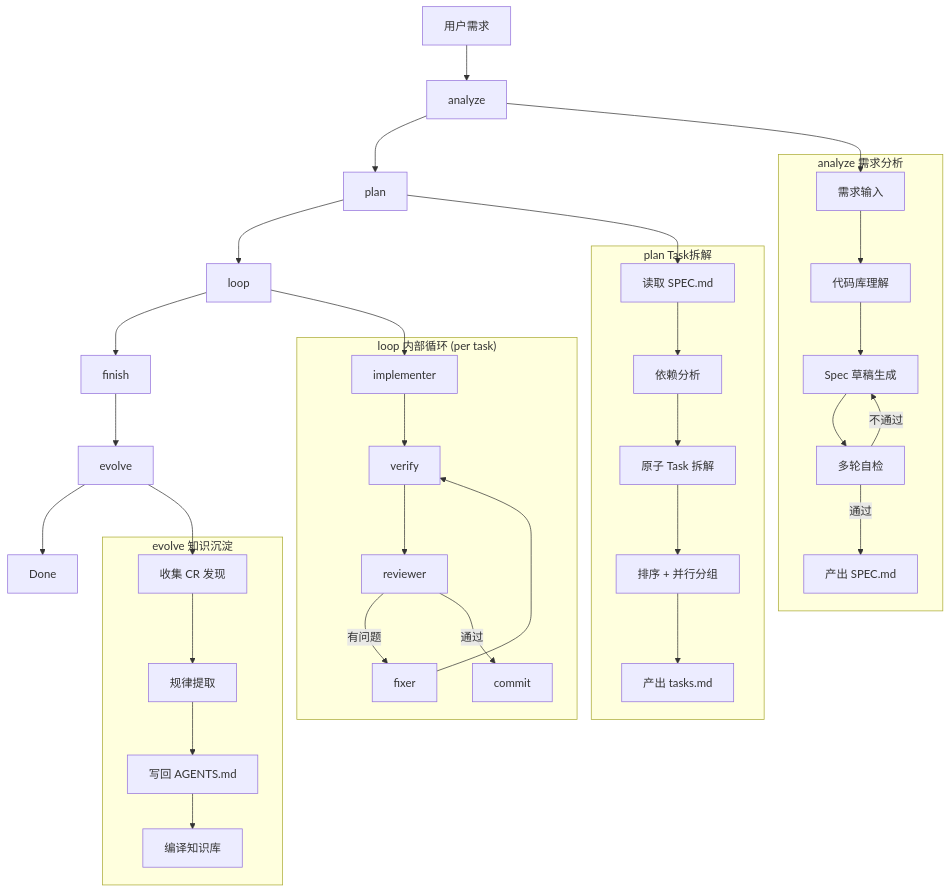
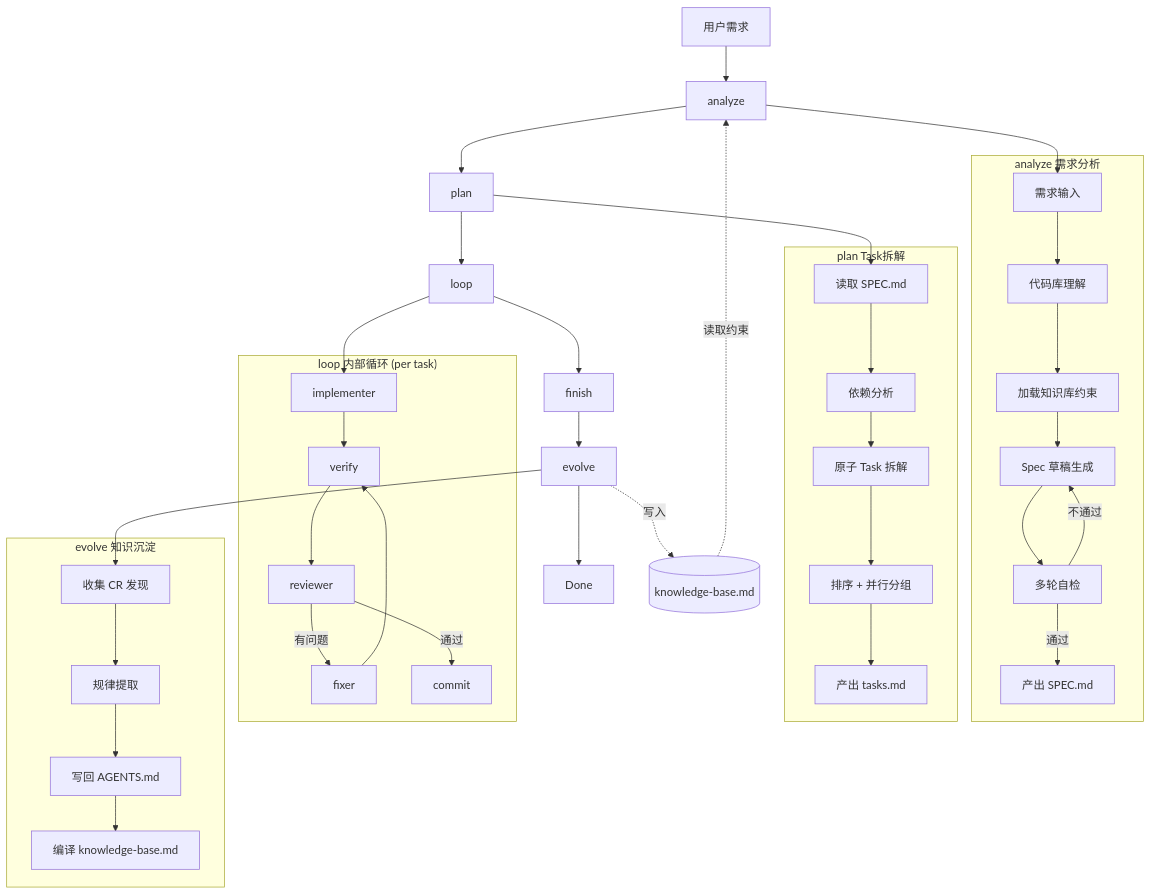
Before and after one commit to neilluo/neil-coding-autopilot: the diagram in README.md, drawn with Mermaid.

Commit message:
docs: add knowledge-base feedback loop (evolve→KB→analyze)

````diff
--- a/README.md
+++ b/README.md
@@ -11,43 +11,47 @@
 ```mermaid
 graph TB
     U[用户需求] --> A[analyze]
     A --> P[plan]
     P --> L[loop]
     L --> F[finish]
     F --> E[evolve]
     E --> D[Done]
 
+    KB[(knowledge-base.md)] -.->|读取约束| A
+    E -.->|写入| KB
+
     subgraph "analyze 需求分析"
         A1[需求输入] --> A2[代码库理解]
-        A2 --> A3[Spec 草稿生成]
-        A3 --> A4[多轮自检]
-        A4 -->|不通过| A3
-        A4 -->|通过| A5[产出 SPEC.md]
+        A2 --> A3[加载知识库约束]
+        A3 --> A4[Spec 草稿生成]
+        A4 --> A5[多轮自检]
+        A5 -->|不通过| A4
+        A5 -->|通过| A6[产出 SPEC.md]
     end
 
     subgraph "plan Task拆解"
         P1[读取 SPEC.md] --> P2[依赖分析]
         P2 --> P3[原子 Task 拆解]
         P3 --> P4[排序 + 并行分组]
         P4 --> P5[产出 tasks.md]
     end
 
     subgraph "loop 内部循环 (per task)"
         I[implementer] --> V[verify]
         V --> R[reviewer]
         R -->|有问题| FX[fixer]
         FX --> V
         R -->|通过| C[commit]
     end
 
     subgraph "evolve 知识沉淀"
         E1[收集 CR 发现] --> E2[规律提取]
         E2 --> E3[写回 AGENTS.md]
-        E3 --> E4[编译知识库]
+        E3 --> E4[编译 knowledge-base.md]
     end
 
     A --> A1
     P --> P1
     L --> I
     E --> E1
 ```
````
